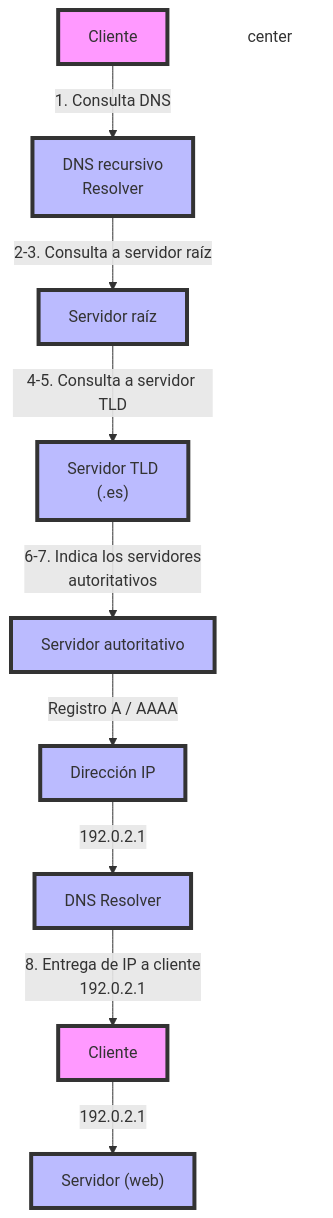
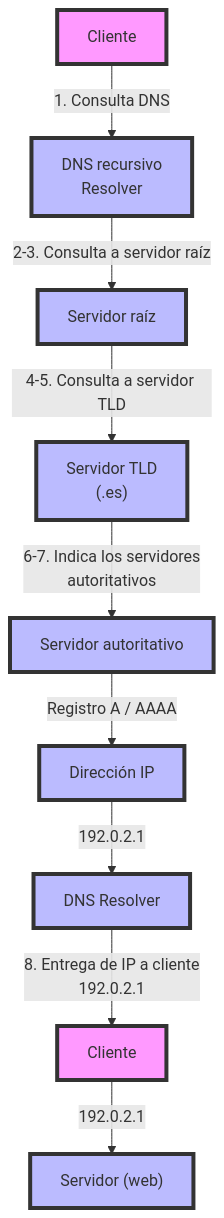
The diagram in docs/SMX/SMX_2/SX/apuntes/05_DNS.md (javieregeablasco/Apuntes), drawn with Mermaid before and after one commit.

Commit message:
Oct 29, 2026, 12:34 PM

````diff
--- a/docs/SMX/SMX_2/SX/apuntes/05_DNS.md
+++ b/docs/SMX/SMX_2/SX/apuntes/05_DNS.md
@@ -294,22 +294,20 @@
       ```mermaid
       flowchart TD
           A[Cliente] -->|1. Consulta DNS| B[DNS recursivo<br/>Resolver]
           B -->|2-3. Consulta a servidor raíz | C[Servidor raíz]
           C -->|4-5. Consulta a servidor TLD| D["Servidor TLD<br/>(.es)"]
           D -->|6-7. Indica los servidores<br/>autoritativos| E[Servidor autoritativo]
           E -->|Registro A / AAAA| F[Dirección IP]
           F -->|192.0.2.1| G[DNS Resolver]
           G -->|8. Entrega de IP a cliente <br/>192.0.2.1| H[Cliente]
           H -->|192.0.2.1| I["Servidor (web)"]
       style A fill:#f9f,stroke:#333,stroke-width:4px
       style B fill:#bbf,stroke:#333,stroke-width:4px
       style C fill:#bbf,stroke:#333,stroke-width:4px
       style D fill:#bbf,stroke:#333,stroke-width:4px
       style E fill:#bbf,stroke:#333,stroke-width:4px
       style F fill:#bbf,stroke:#333,stroke-width:4px
       style G fill:#bbf,stroke:#333,stroke-width:4px
       style H fill:#f9f,stroke:#333,stroke-width:4px
       style I fill:#bbf,stroke:#333,stroke-width:4px
-      style center fill:none,stroke:none
-
       ```
````
